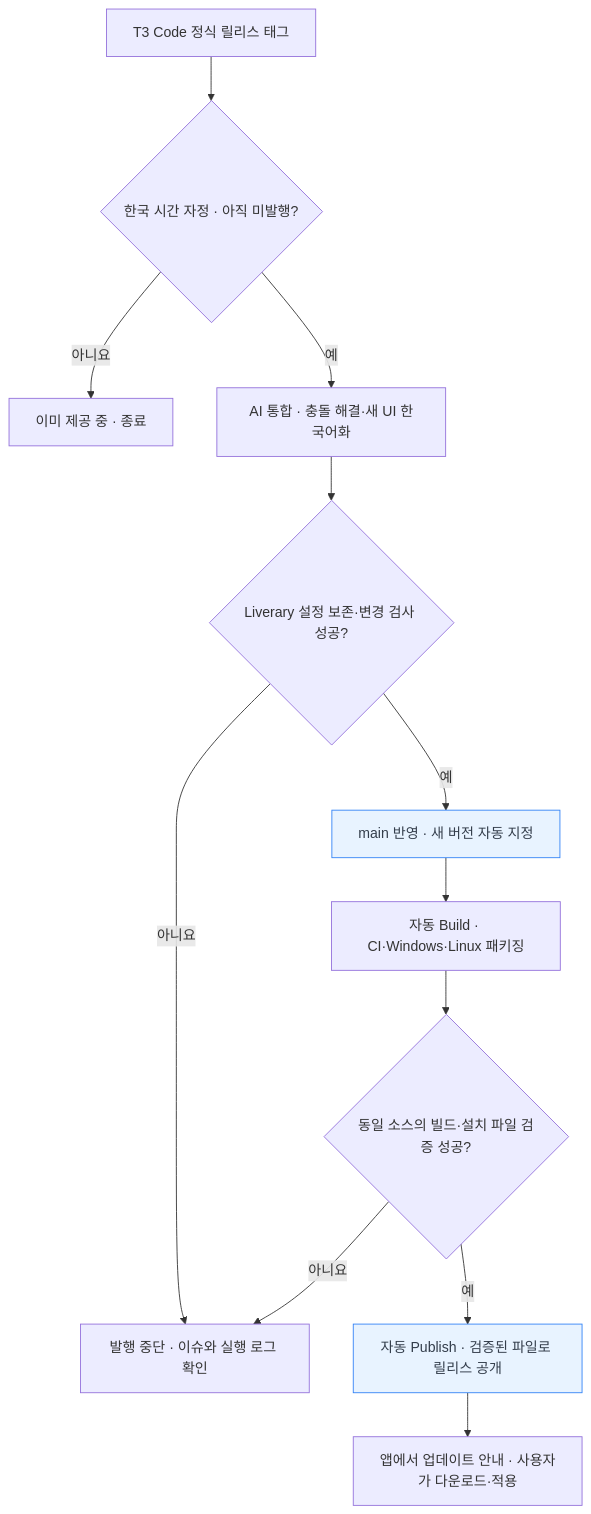
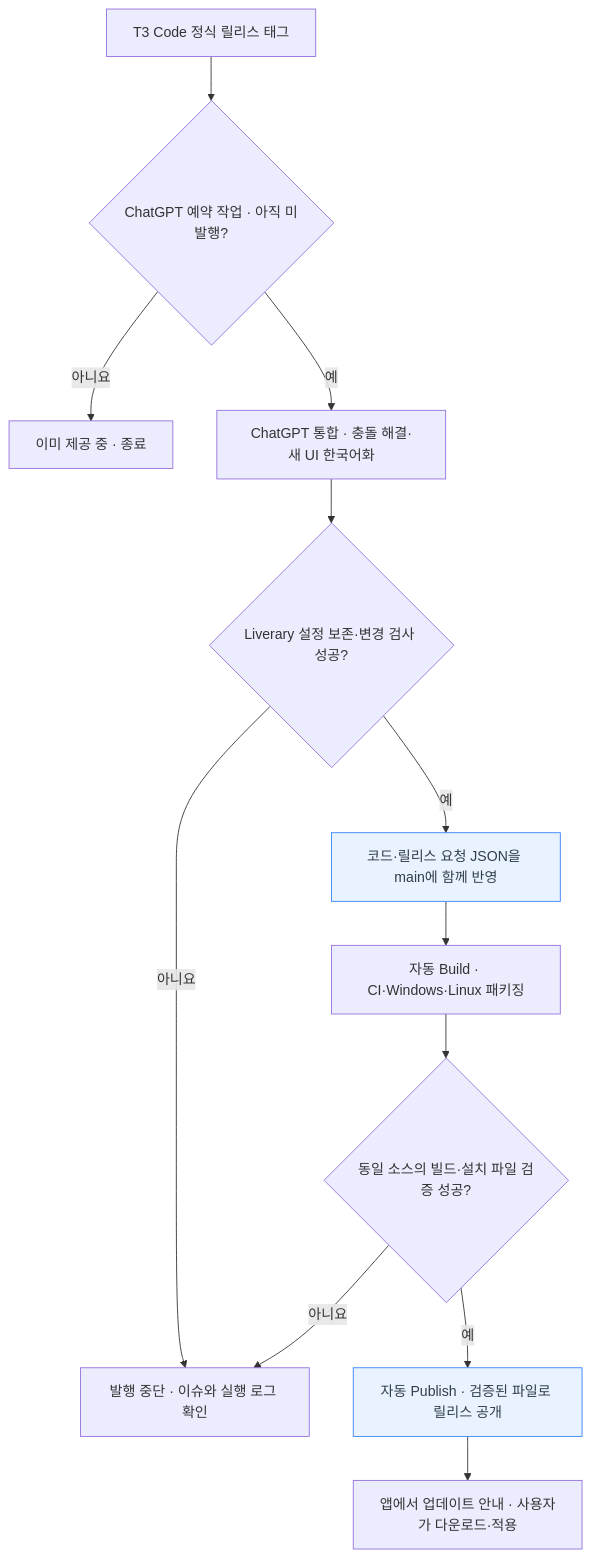
The third of 3 diagrams in README.md (andongmin94/Liverary), drawn with Mermaid before and after one commit. The commit also changed other lines of this file and 8 other files, not shown here.

Commit message:
feat: maintain Liverary releases with ChatGPT scheduled tasks

````diff
--- a/README.md
+++ b/README.md
@@ -168,29 +168,29 @@
 ```mermaid
 flowchart TB
     upstreamRelease["T3 Code 정식 릴리스 태그"]
-    upstreamCheck{"한국 시간 자정 · 아직 미발행?"}
+    upstreamCheck{"ChatGPT 예약 작업 · 아직 미발행?"}
     current["이미 제공 중 · 종료"]
-    integrate["AI 통합 · 충돌 해결·새 UI 한국어화"]
+    integrate["ChatGPT 통합 · 충돌 해결·새 UI 한국어화"]
     sourceGate{"Liverary 설정 보존·변경 검사 성공?"}
-    mainCommit["main 반영 · 새 버전 자동 지정"]
+    mainCommit["코드·릴리스 요청 JSON을 main에 함께 반영"]
     build["자동 Build · CI·Windows·Linux 패키징"]
     gate{"동일 소스의 빌드·설치 파일 검증 성공?"}
     blocked["발행 중단 · 이슈와 실행 로그 확인"]
     release["자동 Publish · 검증된 파일로 릴리스 공개"]
     installedApp["앱에서 업데이트 안내 · 사용자가 다운로드·적용"]
 
     upstreamRelease --> upstreamCheck
     upstreamCheck -->|"아니요"| current
     upstreamCheck -->|"예"| integrate
     integrate --> sourceGate
     sourceGate -->|"예"| mainCommit
     sourceGate -->|"아니요"| blocked
     mainCommit --> build
     build --> gate
     gate -->|"예"| release
     gate -->|"아니요"| blocked
     release --> installedApp
 
     classDef app fill:#e8f3ff,stroke:#3182f6,color:#333d4b
     class mainCommit,release app
 ```
````
